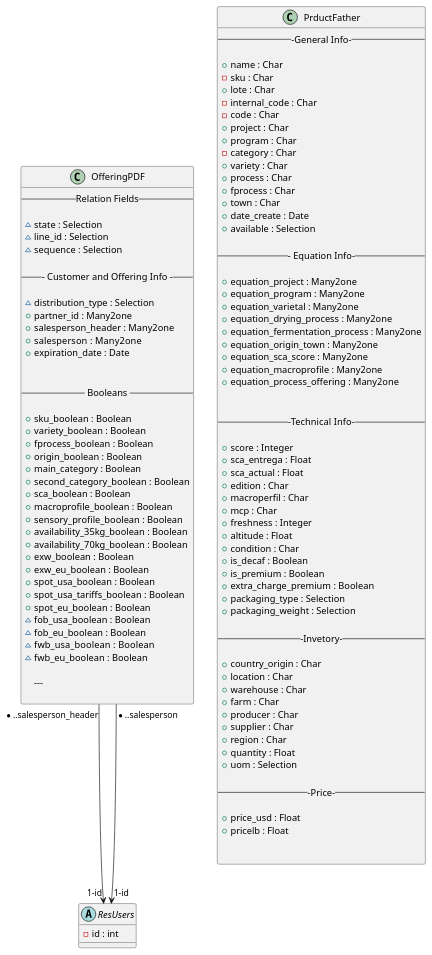
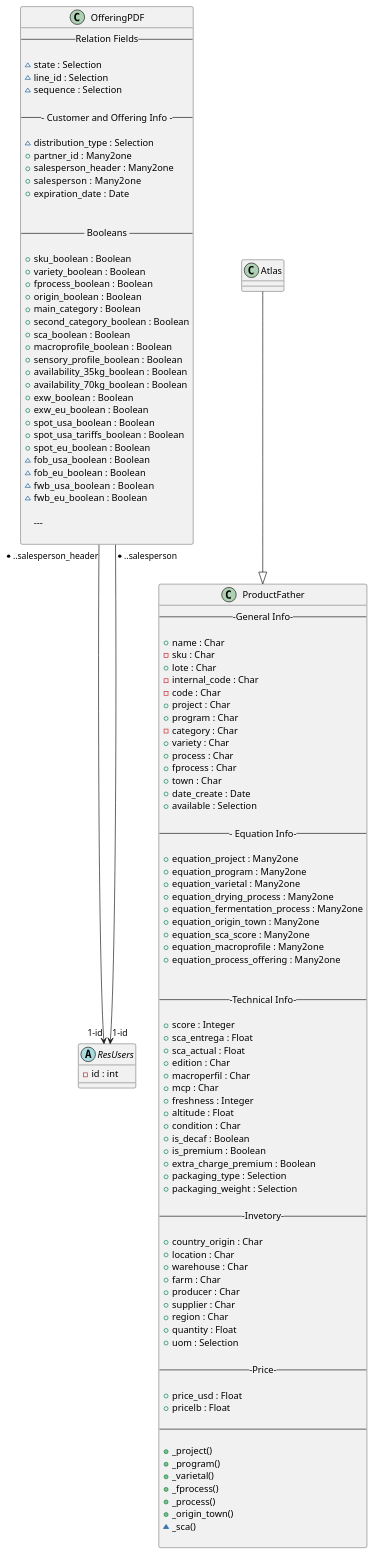
Before and after one commit to Equation-Coffee/Odoo-Equation: the diagram in Schemas/offering.puml, drawn with PlantUML. The commit also changed 17 other files, not shown here.

```diff
--- a/Schemas/offering.puml
+++ b/Schemas/offering.puml
@@ -1,138 +1,153 @@
 @startuml offering
 
 ' Mi orden de variables simepre seguira de ahora en adelante de esta formam
 ' Codigo
 ' Proyecto
 ' Programa o Categoria
 ' Variedad
 ' Procesos o procesos 
 ' Orgien
 ' Categorias de Portafolio
 ' Sca
 ' macroperfil
 ' sensory
 ' disponibilidad
 ' precios
 
 
 abstract class ResUsers{
     - id : int
 }
 
 
 class OfferingPDF {
     ----Relation Fields----
 
     ~ state : Selection
     ~ line_id : Selection
     ~ sequence : Selection
 
     --- Customer and Offering Info ---
 
     ~ distribution_type : Selection
     + partner_id : Many2one
     + salesperson_header : Many2one
     + salesperson :  Many2one
     + expiration_date : Date 
 
 
     ---- Booleans ----
 
     + sku_boolean : Boolean
     + variety_boolean : Boolean
     + fprocess_boolean : Boolean
     + origin_boolean : Boolean
     + main_category : Boolean
     + second_category_boolean : Boolean
     + sca_boolean : Boolean
     + macroprofile_boolean : Boolean
     + sensory_profile_boolean : Boolean
     + availability_35kg_boolean : Boolean
     + availability_70kg_boolean : Boolean
     + exw_boolean : Boolean
     + exw_eu_boolean : Boolean
     + spot_usa_boolean : Boolean 
     + spot_usa_tariffs_boolean : Boolean
     + spot_eu_boolean : Boolean
     ~ fob_usa_boolean : Boolean 
     ~ fob_eu_boolean : Boolean 
     ~ fwb_usa_boolean  : Boolean
     ~ fwb_eu_boolean : Boolean
 
     ---     
 
 }
 
 OfferingPDF "*..salesperson_header" --> "1-id" ResUsers 
 OfferingPDF "*..salesperson" --> "1-id" ResUsers  
 
 
-class   PrductFather{
+class   ProductFather{
     ---General Info---
 
     + name : Char
     - sku : Char
     + lote : Char
     - internal_code : Char
     - code : Char
     + project : Char 
     + program : Char
     - category : Char
     + variety : Char
     + process : Char
     + fprocess : Char
     + town : Char
     + date_create : Date
     + available : Selection
 
     --- Equation Info---
 
     + equation_project : Many2one
     + equation_program : Many2one
     + equation_varietal : Many2one
     + equation_drying_process : Many2one
     + equation_fermentation_process : Many2one
     + equation_origin_town : Many2one
     + equation_sca_score : Many2one
     + equation_macroprofile : Many2one
     + equation_process_offering : Many2one
 
 
     ---Technical Info---
 
     + score : Integer 
     + sca_entrega : Float 
     + sca_actual : Float 
     + edition : Char 
     + macroperfil : Char 
     + mcp : Char
     + freshness : Integer
     + altitude : Float
     + condition : Char 
     + is_decaf : Boolean 
     + is_premium : Boolean
     + extra_charge_premium : Boolean
     + packaging_type : Selection
     + packaging_weight : Selection 
 
     ---Invetory---
 
     + country_origin : Char
     + location : Char
     + warehouse : Char
     + farm : Char
     + producer : Char
     + supplier : Char
     + region : Char 
     + quantity : Float
     + uom : Selection 
 
     ---Price---
 
     + price_usd : Float  
     + pricelb : Float 
 
+    ----
+
+    + _project()
+    + _program()
+    + _varietal()
+    + _fprocess()
+    + _process()
+    + _origin_town()
+    ~ _sca()
 
 }
 
+class Atlas{
+
+}
+
+Atlas --|> ProductFather
+
 @enduml
```
